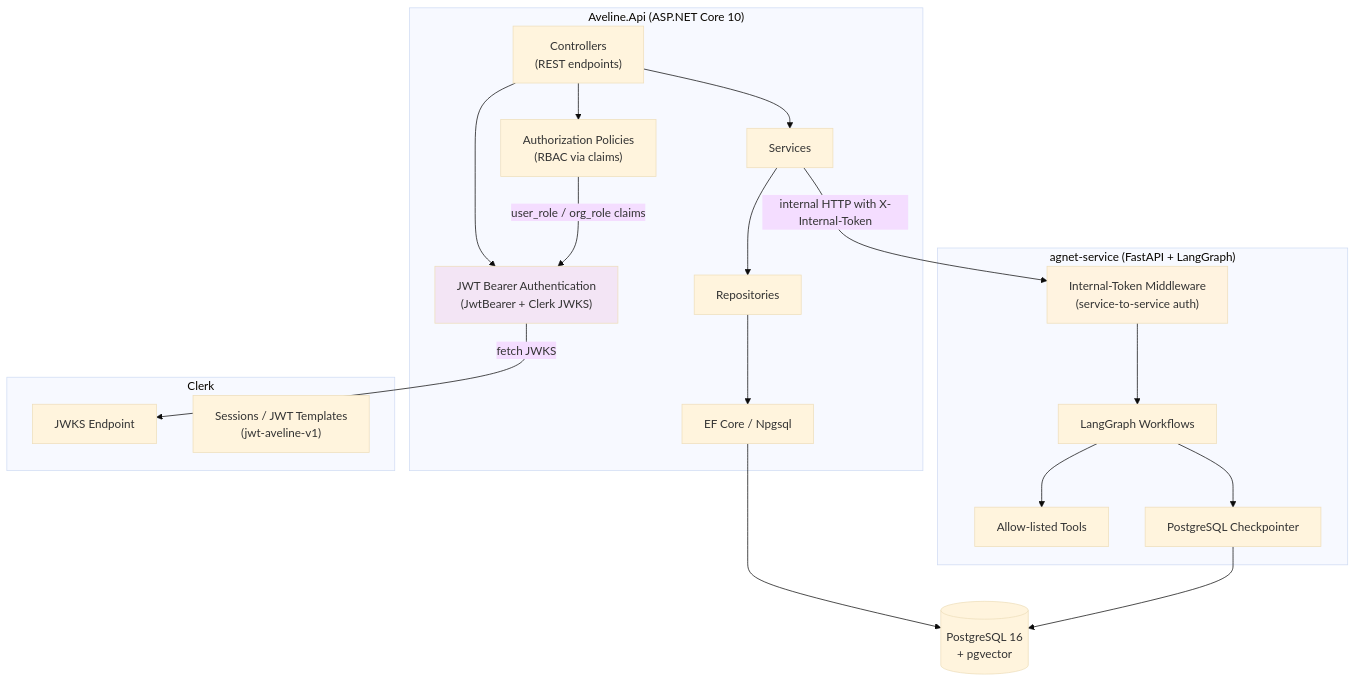
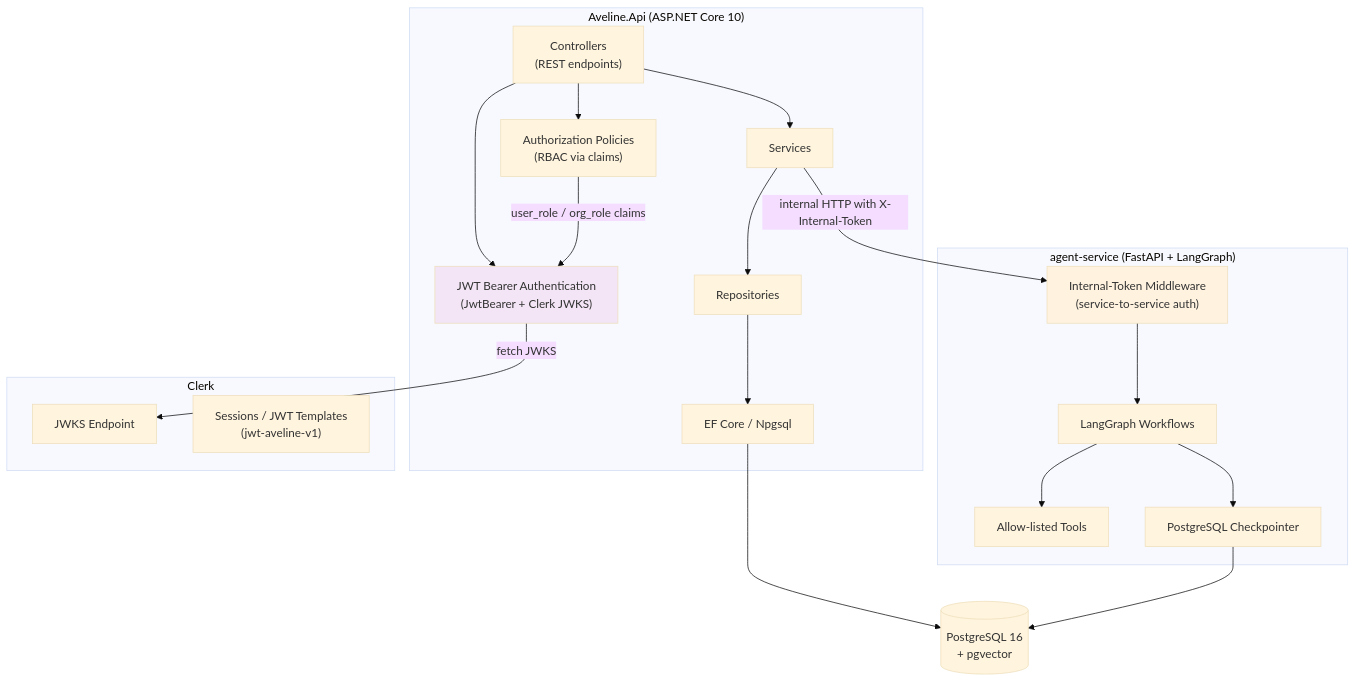
One commit to KavinduNirmal/aveline changed the second of 4 diagrams in docs/architecture/authentication.md. Above: the diagram before and after it, drawn with Mermaid (base theme). The commit also changed other lines of this file and 245 other files, not shown here.

First line of the commit message:
refactor(agent): rename agnet-service to agent-service

````diff
--- a/docs/architecture/authentication.md
+++ b/docs/architecture/authentication.md
@@ -58,44 +58,44 @@
 ```mermaid
 graph TB
     subgraph Aveline.Api["Aveline.Api (ASP.NET Core 10)"]
         Controllers["Controllers<br/>(REST endpoints)"]
         Auth["JWT Bearer Authentication<br/>(JwtBearer + Clerk JWKS)"]
         Policies["Authorization Policies<br/>(RBAC via claims)"]
         Services["Services"]
         Repos["Repositories"]
         EF["EF Core / Npgsql"]
     end
 
-    subgraph AgentSvc["agnet-service (FastAPI + LangGraph)"]
+    subgraph AgentSvc["agent-service (FastAPI + LangGraph)"]
         Middleware["Internal-Token Middleware<br/>(service-to-service auth)"]
         Workflows["LangGraph Workflows"]
         Tools["Allow-listed Tools"]
         Checkpointer["PostgreSQL Checkpointer"]
     end
 
     subgraph ClerkSvc["Clerk"]
         JWKS["JWKS Endpoint"]
         Sessions["Sessions / JWT Templates<br/>(jwt-aveline-v1)"]
     end
 
     DB[("PostgreSQL 16<br/>+ pgvector")]
 
     Controllers --> Auth
     Controllers --> Policies
     Controllers --> Services
     Services --> Repos
     Repos --> EF
     EF --> DB
 
     Auth -->|"fetch JWKS"| JWKS
     Policies -->|"user_role / org_role claims"| Auth
 
     Services -->|"internal HTTP with X-Internal-Token"| Middleware
     Middleware --> Workflows
     Workflows --> Tools
     Workflows --> Checkpointer
     Checkpointer --> DB
 
     style Auth fill:#f3e5f5
     style Middleware fill:#fff3e0
 ```
````
